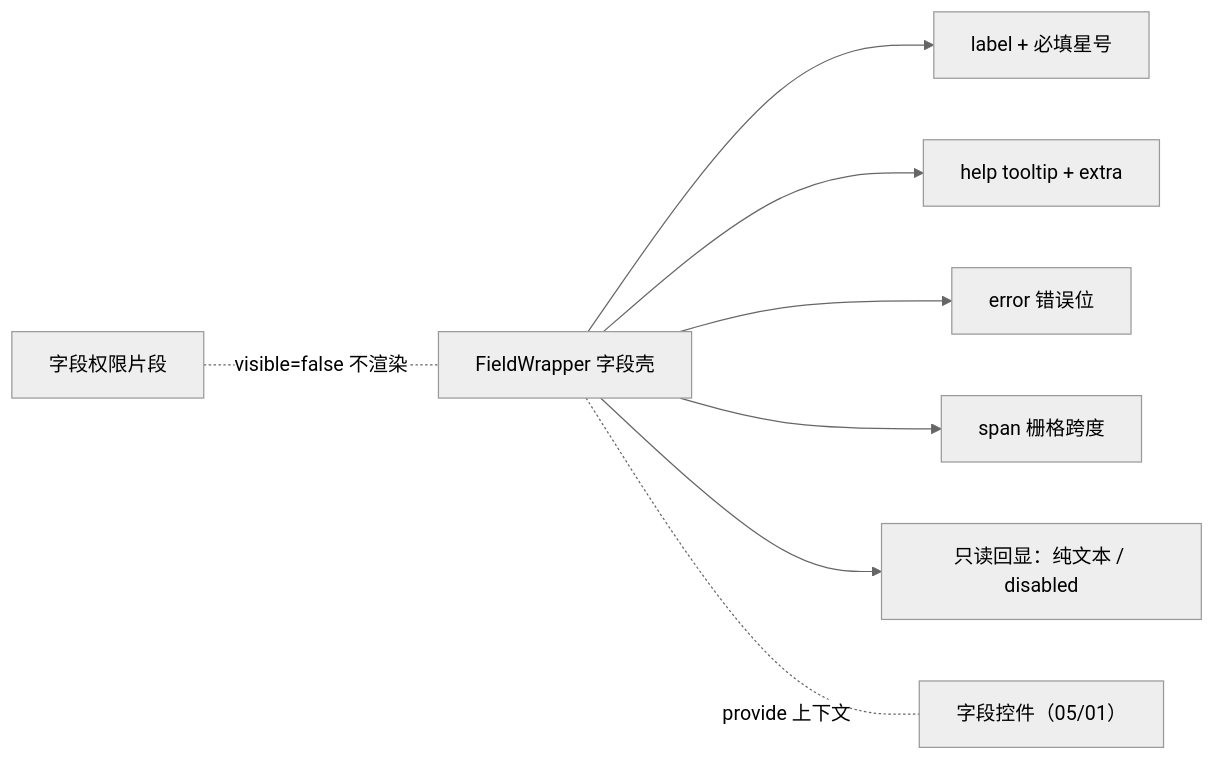
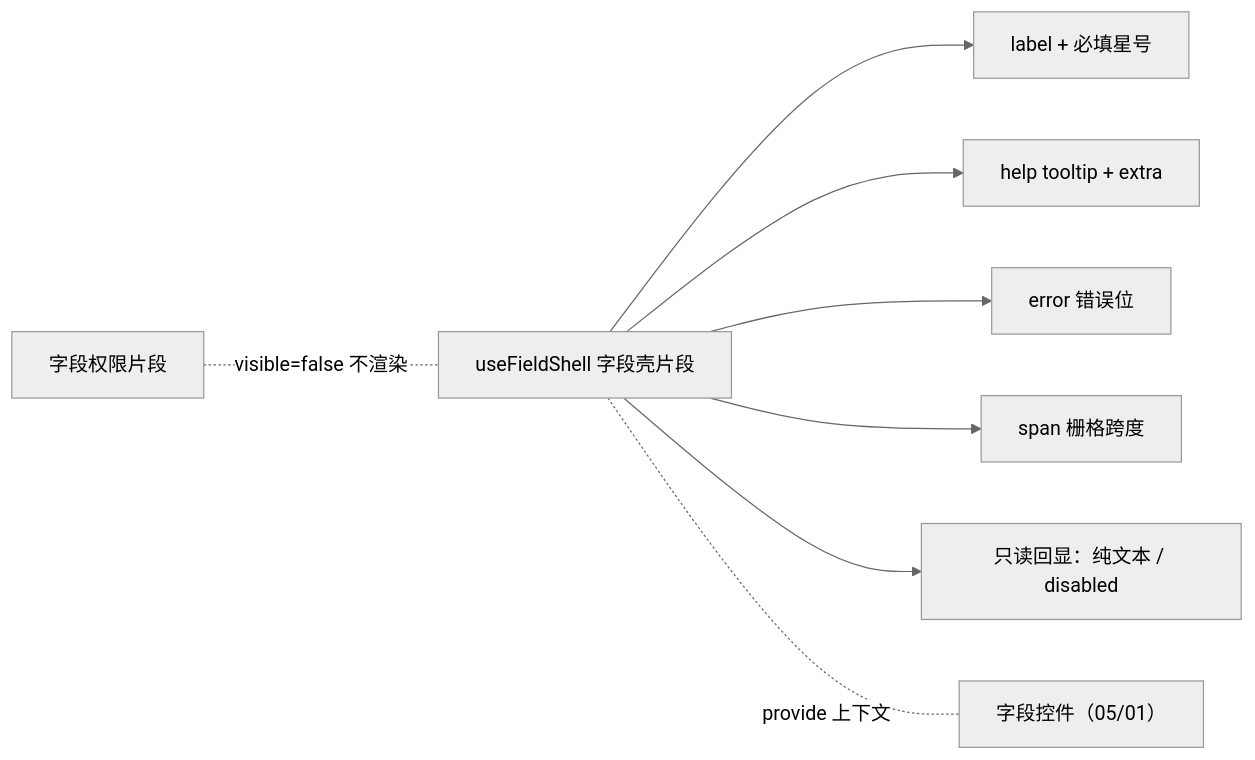
Before and after one commit to minjian123/basic-management-system: the diagram in bms文档/设计/组件设计/02_基础组件类/02_能力片段/10_组件设计_字段壳片段/10_组件设计_字段壳片段.md, drawn with Mermaid (neutral theme). The commit also changed other lines of this file and 30 other files, not shown here.

````diff
--- a/bms文档/设计/组件设计/02_基础组件类/02_能力片段/10_组件设计_字段壳片段/10_组件设计_字段壳片段.md
+++ b/bms文档/设计/组件设计/02_基础组件类/02_能力片段/10_组件设计_字段壳片段/10_组件设计_字段壳片段.md
@@ -15,10 +15,10 @@
 ```mermaid
 flowchart LR
-    W["FieldWrapper 字段壳"] --> L["label + 必填星号"]
+    W["useFieldShell 字段壳片段"] --> L["label + 必填星号"]
     W --> H["help tooltip + extra"]
     W --> E["error 错误位"]
     W --> S["span 栅格跨度"]
     W --> R["只读回显：纯文本 / disabled"]
     W -.provide 上下文.- C["字段控件（05/01）"]
     P["字段权限片段"] -.visible=false 不渲染.- W
 ```
````
